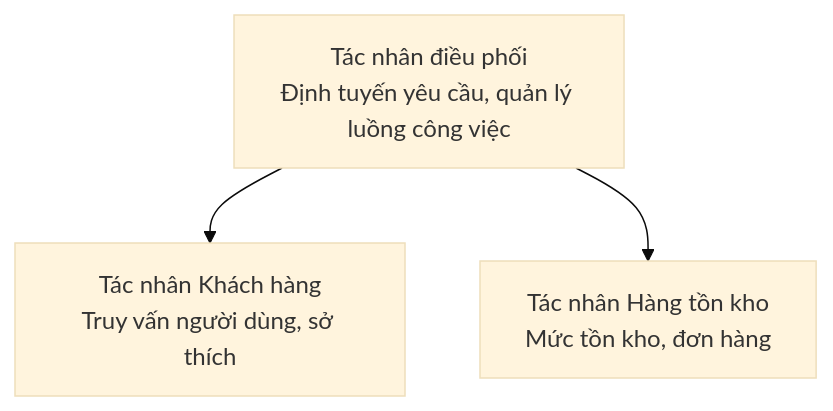
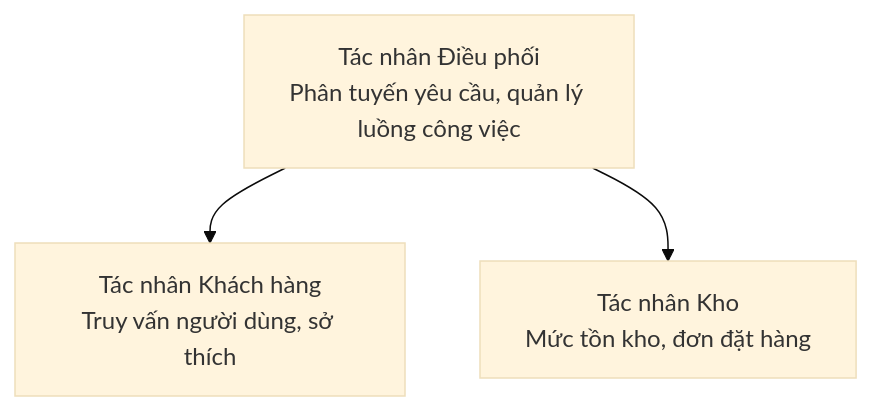
The diagram in translations/vi/docs/chapter-05-multi-agent/README.md (microsoft/AZD-for-beginners), drawn with Mermaid (base theme) before and after one commit. The commit also changed other lines of this file and 101 other files, not shown here.

````diff
--- a/translations/vi/docs/chapter-05-multi-agent/README.md
+++ b/translations/vi/docs/chapter-05-multi-agent/README.md
@@ -50,5 +52,5 @@
 ```mermaid
 graph TD
-    Orchestrator[Tác nhân điều phối<br/>Định tuyến yêu cầu, quản lý luồng công việc] --> Customer[Tác nhân Khách hàng<br/>Truy vấn người dùng, sở thích]
-    Orchestrator --> Inventory[Tác nhân Hàng tồn kho<br/>Mức tồn kho, đơn hàng]
+    Orchestrator[Tác nhân Điều phối<br/>Phân tuyến yêu cầu, quản lý luồng công việc] --> Customer[Tác nhân Khách hàng<br/>Truy vấn người dùng, sở thích]
+    Orchestrator --> Inventory[Tác nhân Kho<br/>Mức tồn kho, đơn đặt hàng]
 ```
````
